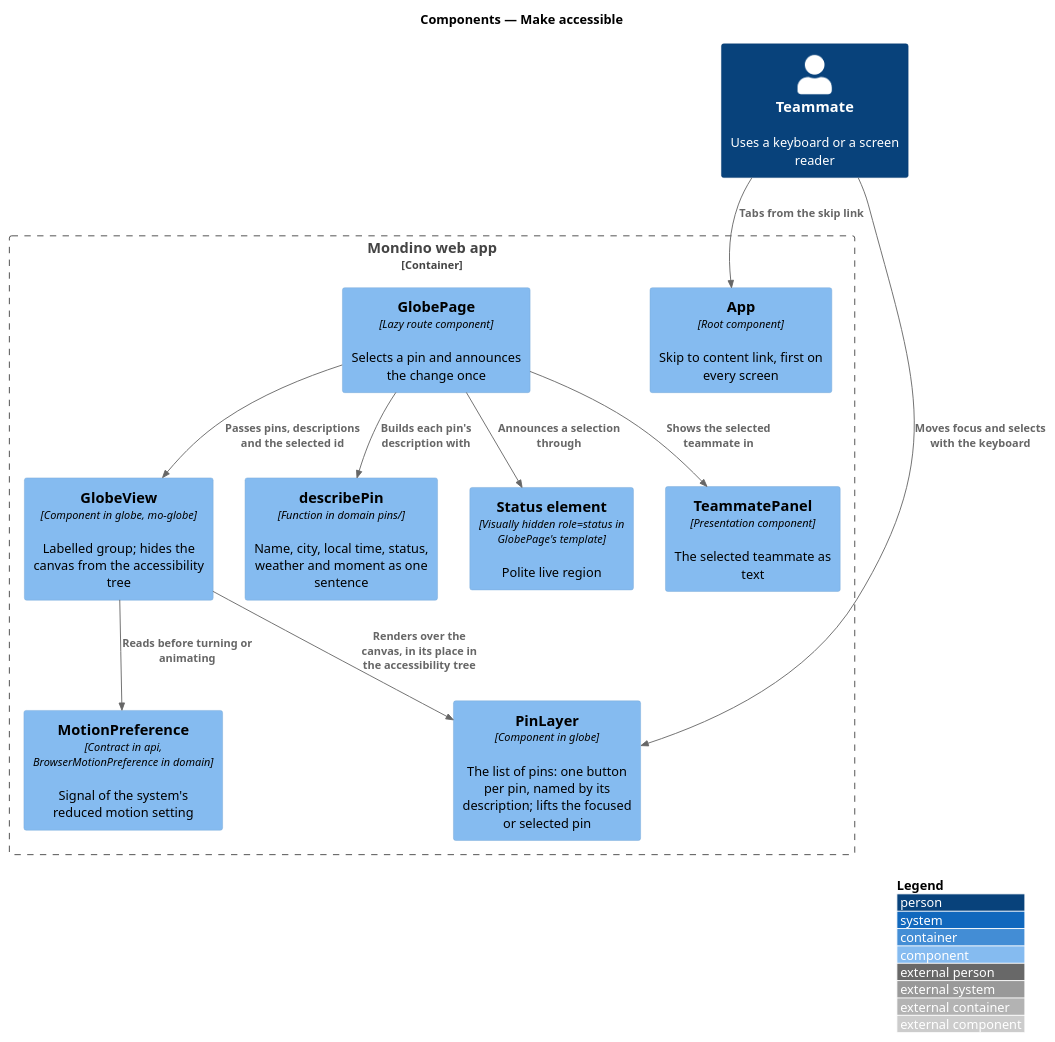
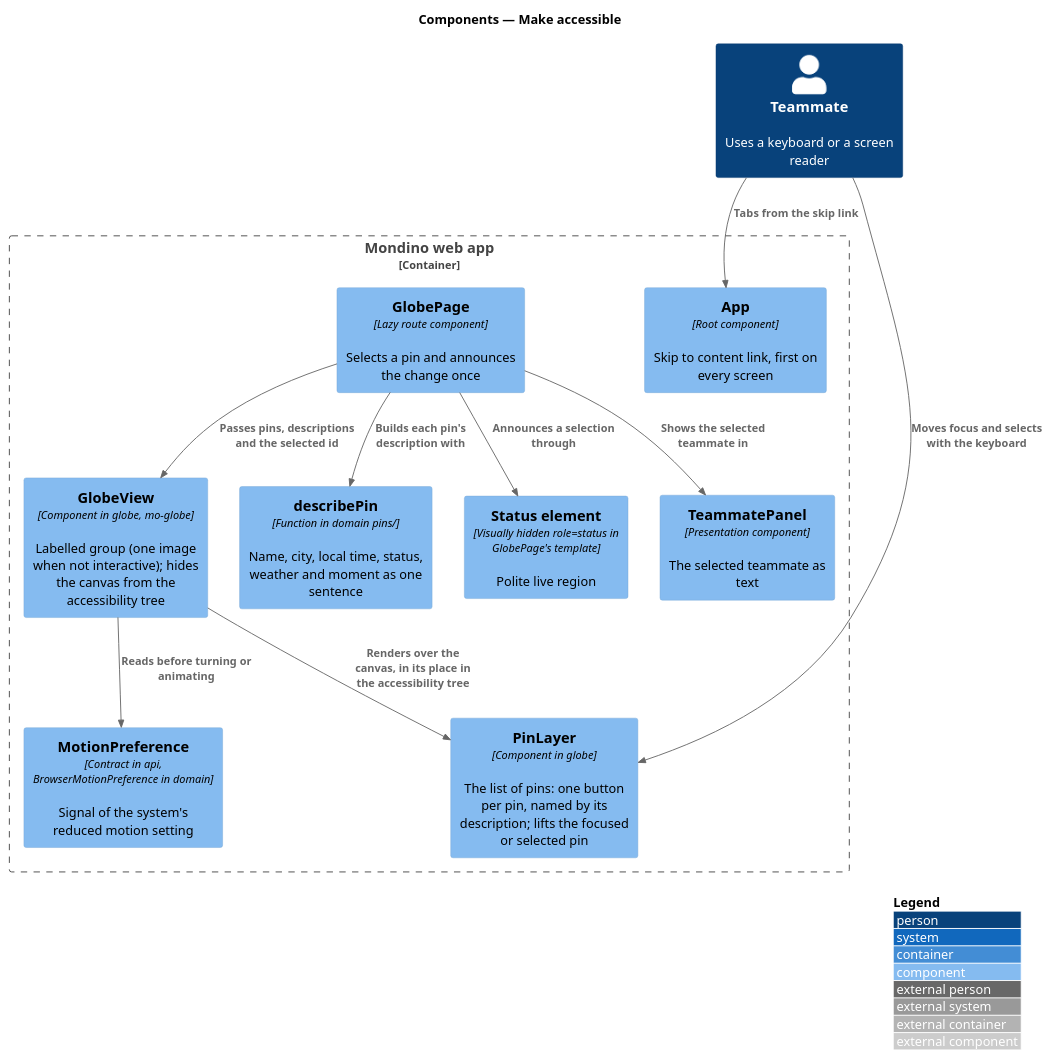
Before and after one commit to QuinntyneBrown/Mondino: the diagram in docs/detailed-designs/platform/make-accessible/diagrams/c4-component.puml, drawn with PlantUML. The commit also changed 2 other files, not shown here.

```diff
--- a/docs/detailed-designs/platform/make-accessible/diagrams/c4-component.puml
+++ b/docs/detailed-designs/platform/make-accessible/diagrams/c4-component.puml
@@ -1,25 +1,25 @@
 @startuml
 !include <C4/C4_Component>
 LAYOUT_WITH_LEGEND()
 title Components — Make accessible
 
 Person(teammate, "Teammate", "Uses a keyboard or a screen reader")
 Container_Boundary(spa, "Mondino web app") {
   Component(shell, "App", "Root component", "Skip to content link, first on every screen")
   Component(page, "GlobePage", "Lazy route component", "Selects a pin and announces the change once")
-  Component(view, "GlobeView", "Component in globe, mo-globe", "Labelled group; hides the canvas from the accessibility tree")
+  Component(view, "GlobeView", "Component in globe, mo-globe", "Labelled group (one image when not interactive); hides the canvas from the accessibility tree")
   Component(layer, "PinLayer", "Component in globe", "The list of pins: one button per pin, named by its description; lifts the focused or selected pin")
   Component(describe, "describePin", "Function in domain pins/", "Name, city, local time, status, weather and moment as one sentence")
   Component(motion, "MotionPreference", "Contract in api, BrowserMotionPreference in domain", "Signal of the system's reduced motion setting")
   Component(announcer, "Status element", "Visually hidden role=status in GlobePage's template", "Polite live region")
   Component(panel, "TeammatePanel", "Presentation component", "The selected teammate as text")
 }
 Rel(teammate, shell, "Tabs from the skip link")
 Rel(teammate, layer, "Moves focus and selects with the keyboard")
 Rel(view, layer, "Renders over the canvas, in its place in the accessibility tree")
 Rel(page, describe, "Builds each pin's description with")
 Rel(page, view, "Passes pins, descriptions and the selected id")
 Rel(page, announcer, "Announces a selection through")
 Rel(page, panel, "Shows the selected teammate in")
 Rel(view, motion, "Reads before turning or animating")
 @enduml
```
